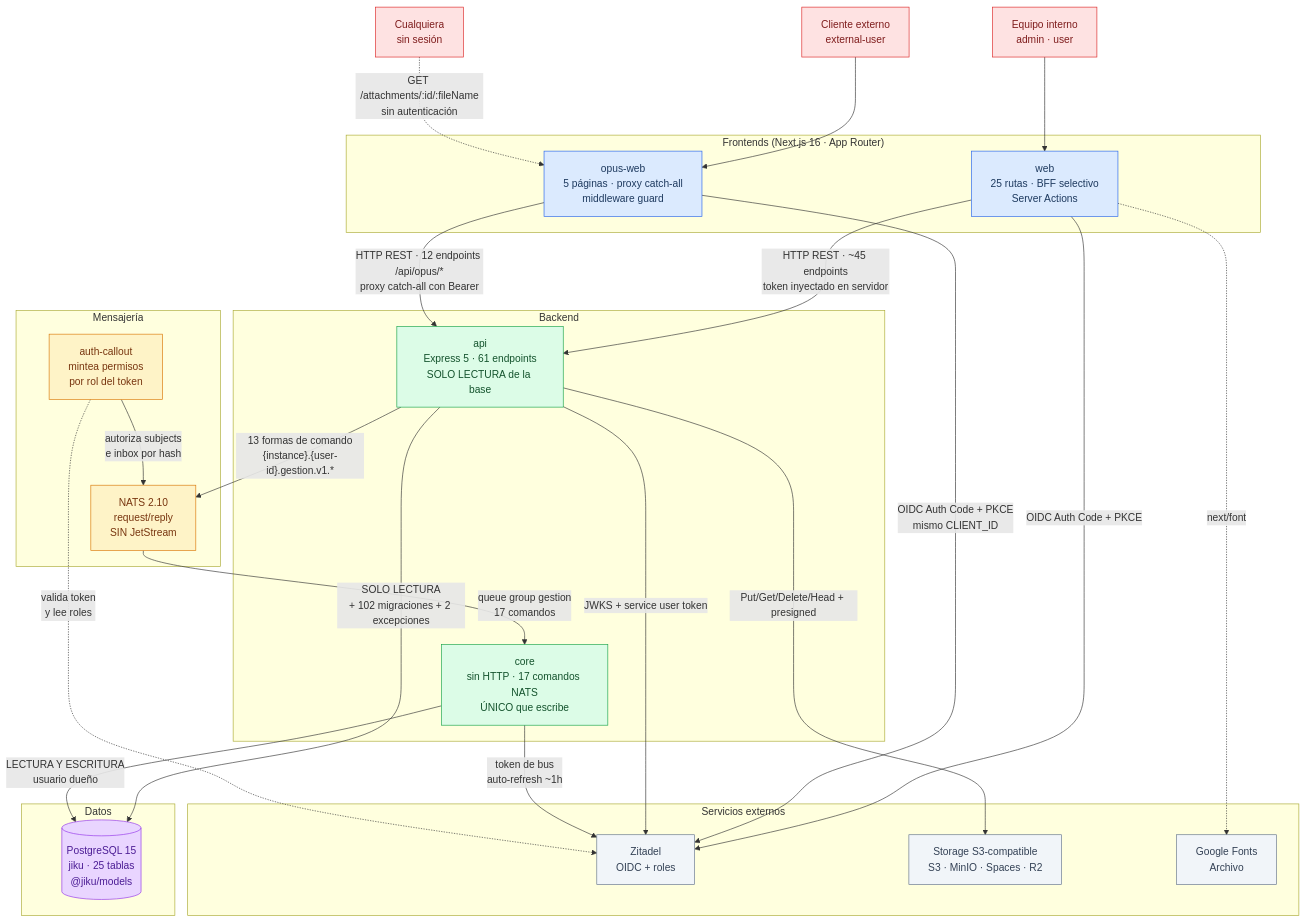
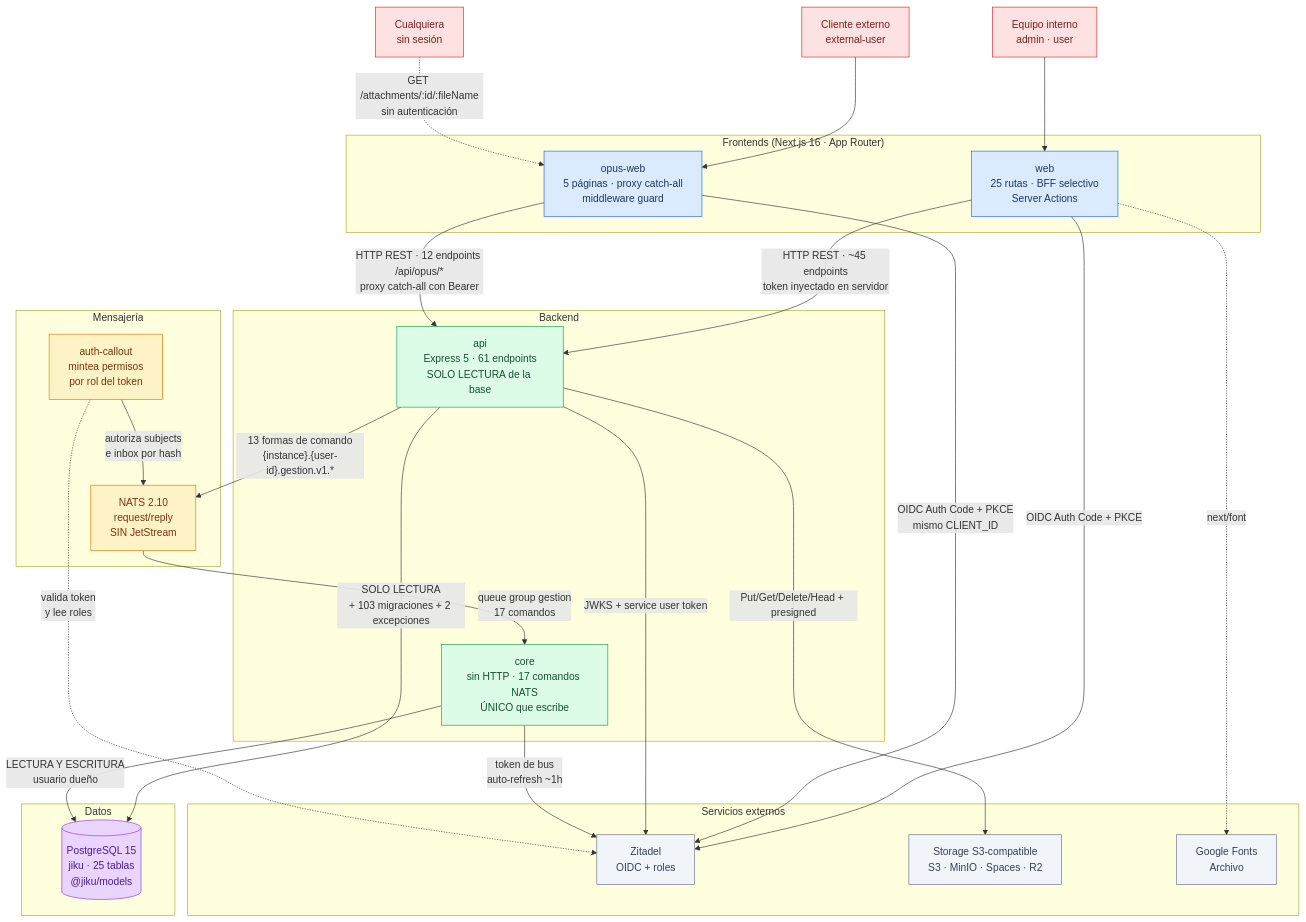
The diagram in docs/prd/architecture.md (gravadigital/jiku), drawn with Mermaid before and after one commit. The commit also changed other lines of this file and 11 other files, not shown here.

````diff
--- a/docs/prd/architecture.md
+++ b/docs/prd/architecture.md
@@ -64,67 +64,67 @@
 ```mermaid
 graph TB
     Interno[Equipo interno<br/>admin · user]
     Cliente[Cliente externo<br/>external-user]
     Anon[Cualquiera<br/>sin sesión]
 
     subgraph FE["Frontends (Next.js 16 · App Router)"]
         Web["web<br/>25 rutas · BFF selectivo<br/>Server Actions"]
         Opus["opus-web<br/>5 páginas · proxy catch-all<br/>middleware guard"]
     end
 
     subgraph BE["Backend"]
         Api["api<br/>Express 5 · 61 endpoints<br/>SOLO LECTURA de la base"]
         Core["core<br/>sin HTTP · 17 comandos NATS<br/>ÚNICO que escribe"]
     end
 
     subgraph Bus["Mensajería"]
         Nats["NATS 2.10<br/>request/reply<br/>SIN JetStream"]
         Callout["auth-callout<br/>mintea permisos<br/>por rol del token"]
     end
 
     subgraph Data["Datos"]
         PG[("PostgreSQL 15<br/>jiku · 25 tablas<br/>@jiku/models")]
     end
 
     subgraph Ext["Servicios externos"]
         Zitadel["Zitadel<br/>OIDC + roles"]
         S3["Storage S3-compatible<br/>S3 · MinIO · Spaces · R2"]
         GFonts["Google Fonts<br/>Archivo"]
     end
 
     Interno --> Web
     Cliente --> Opus
     Anon -.->|"GET /attachments/:id/:fileName<br/>sin autenticación"| Opus
 
     Web -->|"HTTP REST · ~45 endpoints<br/>token inyectado en servidor"| Api
     Opus -->|"HTTP REST · 12 endpoints /api/opus/*<br/>proxy catch-all con Bearer"| Api
 
     Web -->|"OIDC Auth Code + PKCE"| Zitadel
     Opus -->|"OIDC Auth Code + PKCE<br/>mismo CLIENT_ID"| Zitadel
     Web -.->|"next/font"| GFonts
 
-    Api -->|"SOLO LECTURA<br/>+ 102 migraciones + 2 excepciones"| PG
+    Api -->|"SOLO LECTURA<br/>+ 103 migraciones + 2 excepciones"| PG
     Api -->|"13 formas de comando<br/>{instance}.{user-id}.gestion.v1.*"| Nats
     Api -->|"JWKS + service user token"| Zitadel
     Api -->|"Put/Get/Delete/Head + presigned"| S3
 
     Nats -->|"queue group gestion<br/>17 comandos"| Core
     Core -->|"LECTURA Y ESCRITURA<br/>usuario dueño"| PG
     Core -->|"token de bus<br/>auto-refresh ~1h"| Zitadel
     Callout -->|"autoriza subjects<br/>e inbox por hash"| Nats
     Callout -.->|"valida token<br/>y lee roles"| Zitadel
 
     classDef fe fill:#dbeafe,stroke:#2563eb,color:#1e3a5f
     classDef be fill:#dcfce7,stroke:#16a34a,color:#14532d
     classDef bus fill:#fef3c7,stroke:#d97706,color:#78350f
     classDef data fill:#e9d5ff,stroke:#9333ea,color:#4c1d95
     classDef ext fill:#f1f5f9,stroke:#64748b,color:#334155
     classDef actor fill:#fee2e2,stroke:#dc2626,color:#7f1d1d
 
     class Web,Opus fe
     class Api,Core be
     class Nats,Callout bus
     class PG data
     class Zitadel,S3,GFonts ext
     class Interno,Cliente,Anon actor
 ```
````
